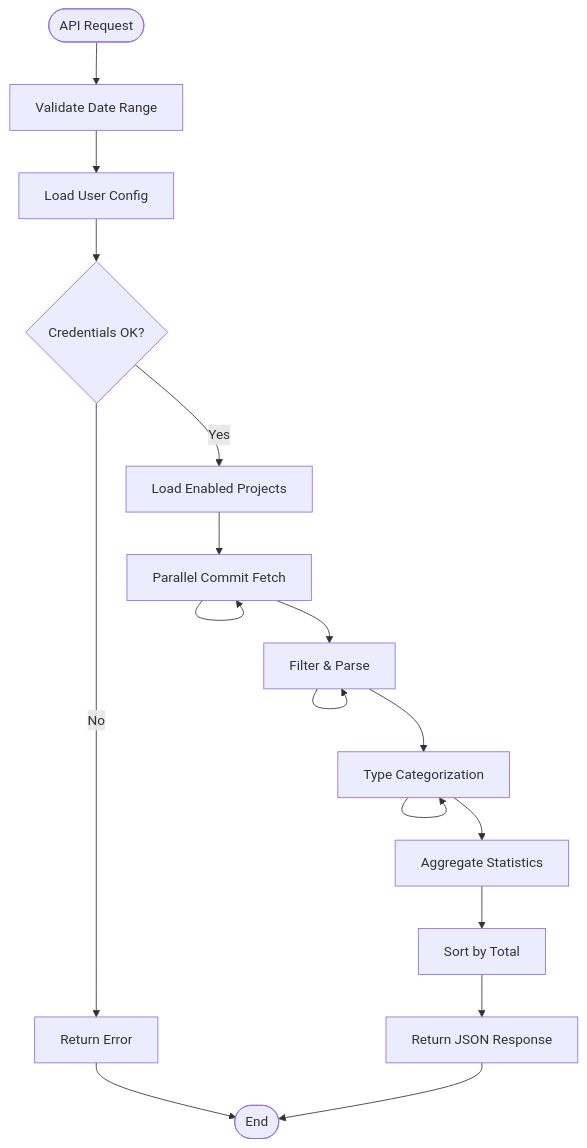
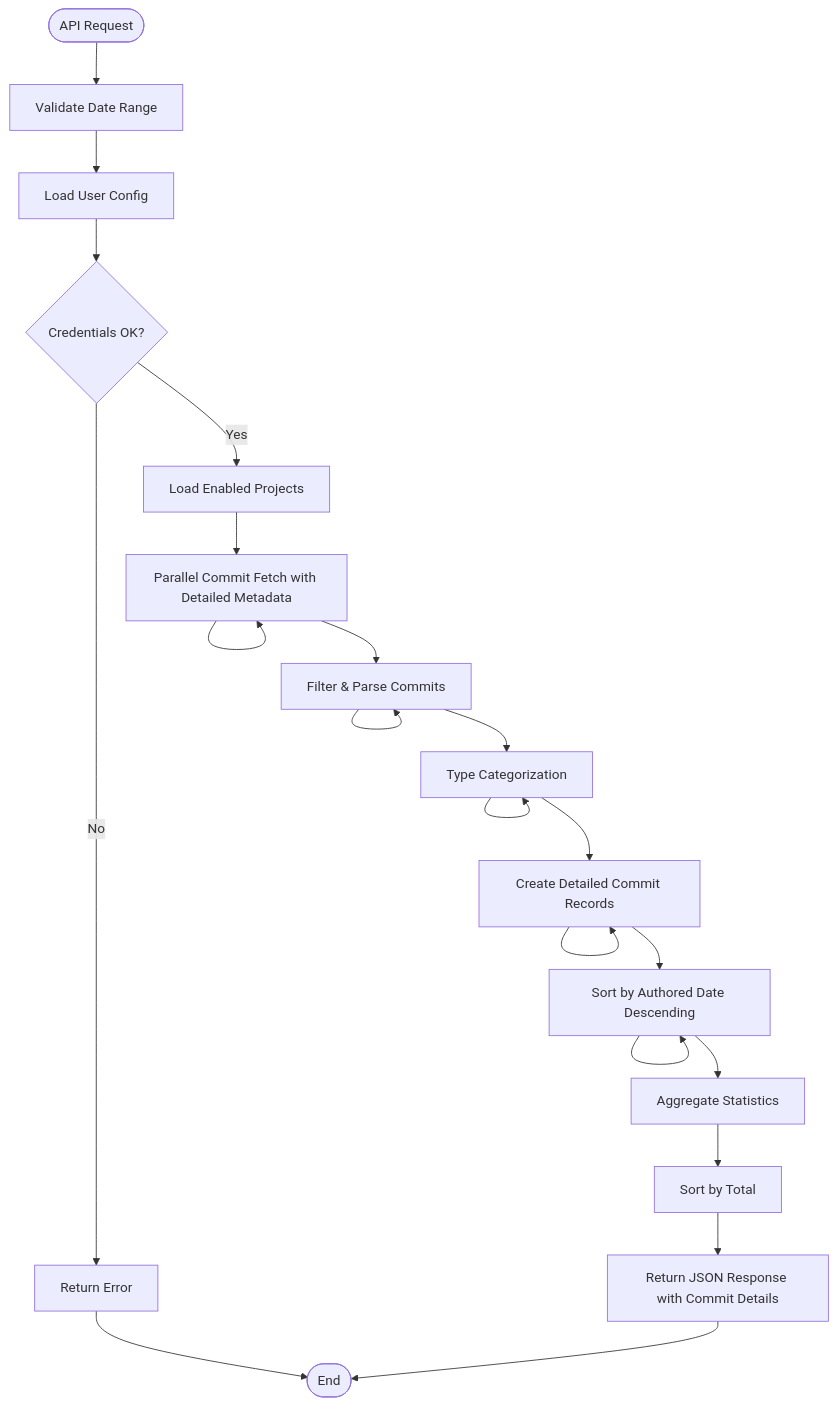
The fourth of 6 diagrams in .qoder/repowiki/en/content/Frontend Components/Commit Statistics Dashboard.md (jrj444/git-daily), drawn with Mermaid before and after one commit. The commit also changed other lines of this file and 14 other files, not shown here.

````diff
--- a/.qoder/repowiki/en/content/Frontend Components/Commit Statistics Dashboard.md
+++ b/.qoder/repowiki/en/content/Frontend Components/Commit Statistics Dashboard.md
@@ -189,19 +220,23 @@
 ```mermaid
 flowchart TD
 Start([API Request]) --> Validate[Validate Date Range]
 Validate --> LoadUser[Load User Config]
 LoadUser --> CheckCreds{Credentials OK?}
 CheckCreds --> |No| Error[Return Error]
 CheckCreds --> |Yes| LoadProjects[Load Enabled Projects]
-LoadProjects --> FetchCommits[Parallel Commit Fetch]
-FetchCommits --> FilterCommits[Filter & Parse]
+LoadProjects --> FetchCommits[Parallel Commit Fetch with Detailed Metadata]
+FetchCommits --> FilterCommits[Filter & Parse Commits]
 FilterCommits --> Categorize[Type Categorization]
-Categorize --> Aggregate[Aggregate Statistics]
+Categorize --> CreateCommitItems[Create Detailed Commit Records]
+CreateCommitItems --> SortCommits[Sort by Authored Date Descending]
+SortCommits --> Aggregate[Aggregate Statistics]
 Aggregate --> SortProjects[Sort by Total]
-SortProjects --> Return[Return JSON Response]
+SortProjects --> Return[Return JSON Response with Commit Details]
 Error --> End([End])
 Return --> End
 FetchCommits --> FetchCommits
 FilterCommits --> FilterCommits
 Categorize --> Categorize
+CreateCommitItems --> CreateCommitItems
+SortCommits --> SortCommits
 ```
````
